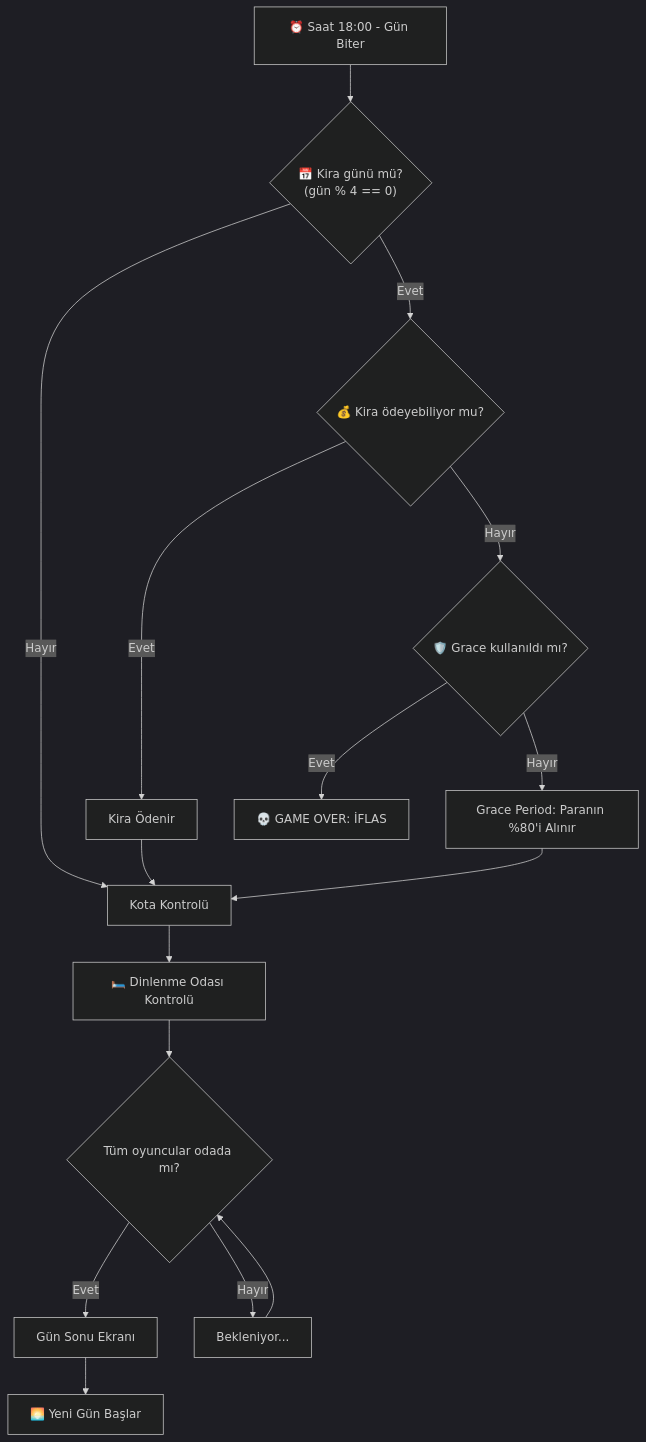
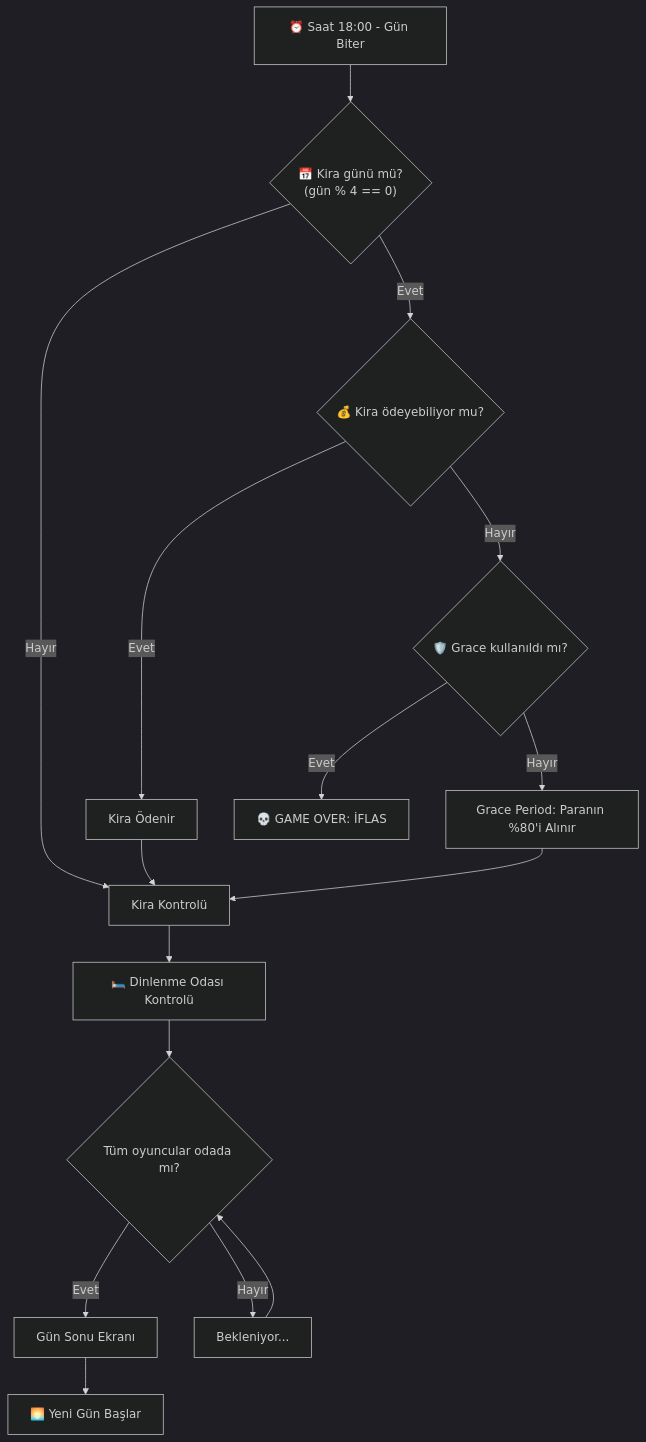
The second of 11 diagrams in GDD.md (Thefec/Cargor), drawn with Mermaid (dark theme) before and after one commit. The commit also changed other lines of this file, not shown here.

````diff
--- a/GDD.md
+++ b/GDD.md
@@ -167,18 +180,18 @@
 ```mermaid
 flowchart TD
     A["⏰ Saat 18:00 - Gün Biter"] --> B{"📅 Kira günü mü?\n(gün % 4 == 0)"}
     B -->|Evet| C{"💰 Kira ödeyebiliyor mu?"}
-    B -->|Hayır| F["Kota Kontrolü"]
+    B -->|Hayır| F["Kira Kontrolü"]
     C -->|Evet| D["Kira Ödenir"]
     C -->|Hayır| E{"🛡️ Grace kullanıldı mı?"}
     E -->|Hayır| G["Grace Period: Paranın %80'i Alınır"]
     E -->|Evet| H["💀 GAME OVER: İFLAS"]
     D --> F
     G --> F
     F --> I["🛏️ Dinlenme Odası Kontrolü"]
     I --> J{"Tüm oyuncular odada mı?"}
     J -->|Evet| K["Gün Sonu Ekranı"]
     J -->|Hayır| L["Bekleniyor..."]
     L --> J
     K --> M["🌅 Yeni Gün Başlar"]
 ```
````
